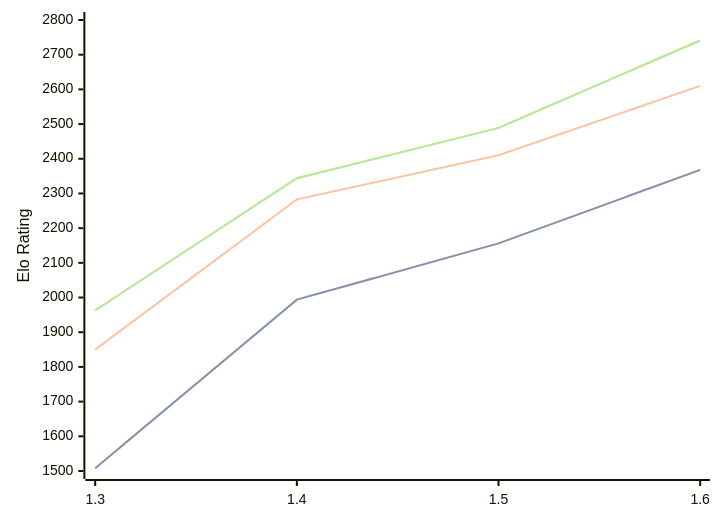
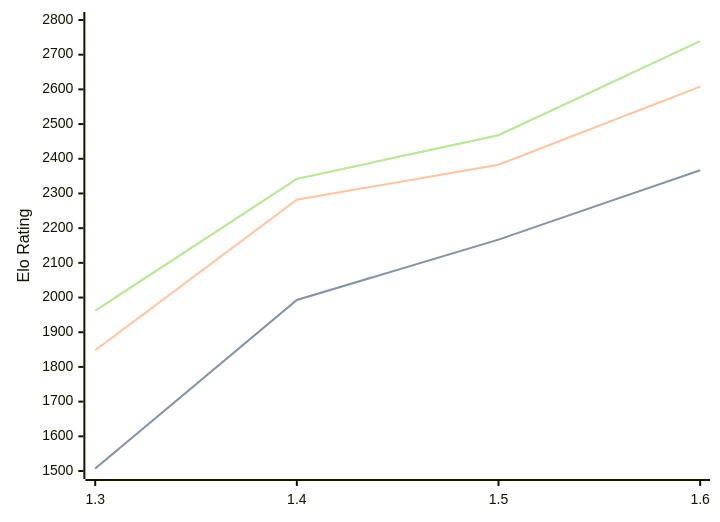
One commit to computer-chess-index/cci changed the third of 3 diagrams in engines/Facon.md. Above: the diagram before and after it, drawn with Mermaid. The commit also changed other lines of this file, not shown here.

Commit message:
Update CCI Ratings (ELO VLTC) - 2026-06-26

````diff
--- a/engines/Facon.md
+++ b/engines/Facon.md
@@ -70,11 +70,11 @@
 ```mermaid
 %%{init: {"theme":"base","themeVariables":{"seriesColors:['#a3a3a3','#222221','#faa371']}}}%%
 xychart-beta
   x-axis ["1.3", "1.4", "1.5", "1.6"]
   y-axis "Elo Rating" 1500 --> 2800
-  line "STC (8.0+0.08s)" [1508, 1994, 2156, 2368]
-  line "STC (8.0+0.08s)" [1508, 1994, 2156, 2368]
-  line "LTC (60.0+0.60s)" [1850, 2283, 2410, 2610]
-  line "VLTC (2m24s+1.12s)" [1963, 2344, 2489, 2741]
-  line "VLTC (2m24s+1.12s)" [1963, 2344, 2489, 2741]
+  line "STC (8.0+0.08s)" [1507, 1993, 2167, 2367]
+  line "STC (8.0+0.08s)" [1507, 1993, 2167, 2367]
+  line "LTC (60.0+0.60s)" [1848, 2282, 2383, 2608]
+  line "VLTC (2m24s+1.12s)" [1962, 2342, 2468, 2739]
+  line "VLTC (2m24s+1.12s)" [1962, 2342, 2468, 2739]
 ```
````
